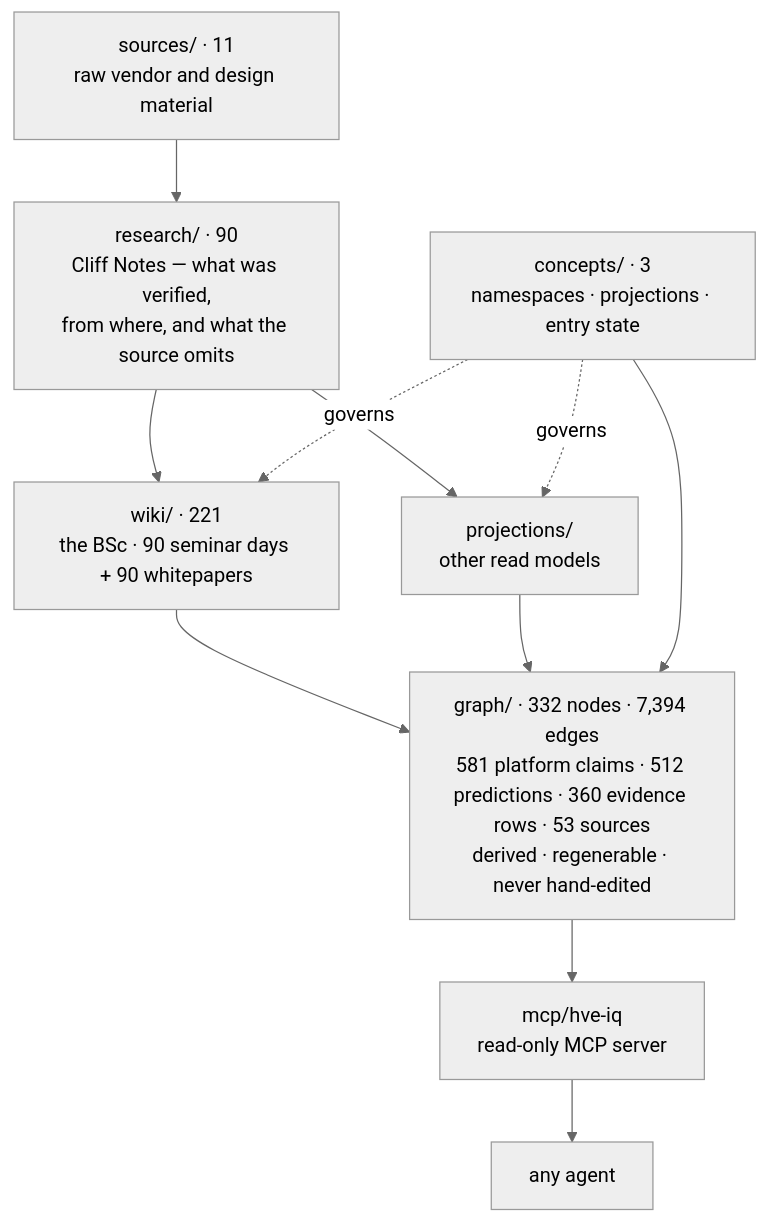
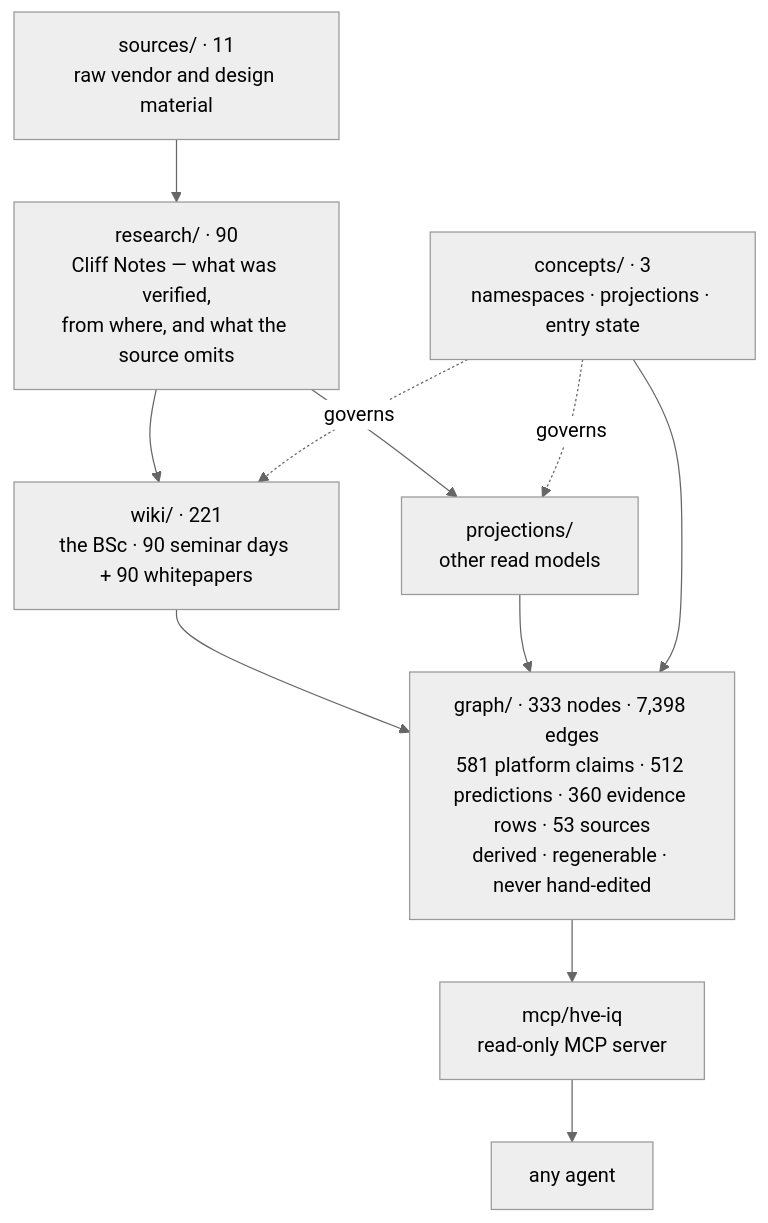
Before and after one commit to venturemavenwill/high-velocity-engineering: the diagram in README.md, drawn with Mermaid (neutral theme). The commit also changed other lines of this file and 10 other files, not shown here.

````diff
--- a/README.md
+++ b/README.md
@@ -13,14 +13,14 @@
 ```mermaid
 flowchart TD
   S["sources/ · 11<br/>raw vendor and design material"] --> R
   R["research/ · 90<br/>Cliff Notes — what was verified,<br/>from where, and what the source omits"] --> W
   R --> P
   W["wiki/ · 221<br/>the BSc · 90 seminar days + 90 whitepapers"]
   P["projections/<br/>other read models"]
   C["concepts/ · 3<br/>namespaces · projections · entry state"] -.governs.-> W
   C -.governs.-> P
   W --> G
   P --> G
   C --> G
-  G["graph/ · 332 nodes · 7,394 edges<br/>581 platform claims · 512 predictions · 360 evidence rows · 53 sources<br/>derived · regenerable · never hand-edited"] --> M["mcp/hve-iq<br/>read-only MCP server"] --> A["any agent"]
+  G["graph/ · 333 nodes · 7,398 edges<br/>581 platform claims · 512 predictions · 360 evidence rows · 53 sources<br/>derived · regenerable · never hand-edited"] --> M["mcp/hve-iq<br/>read-only MCP server"] --> A["any agent"]
 ```
````
